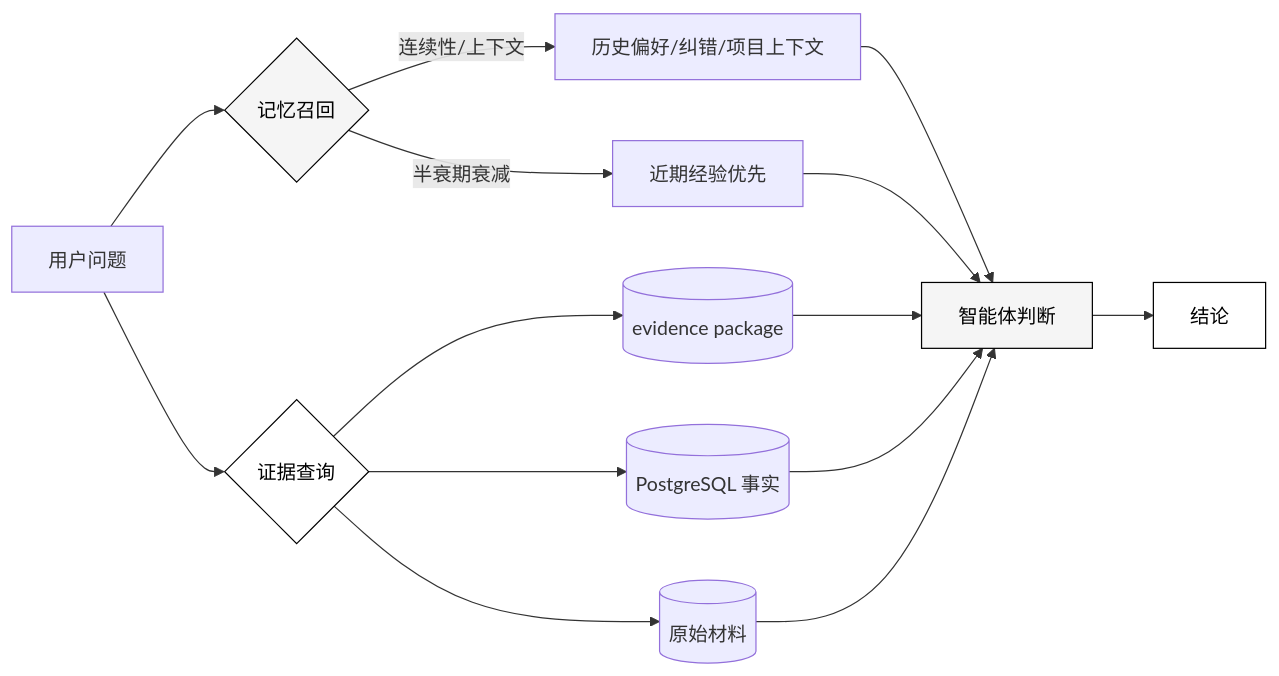
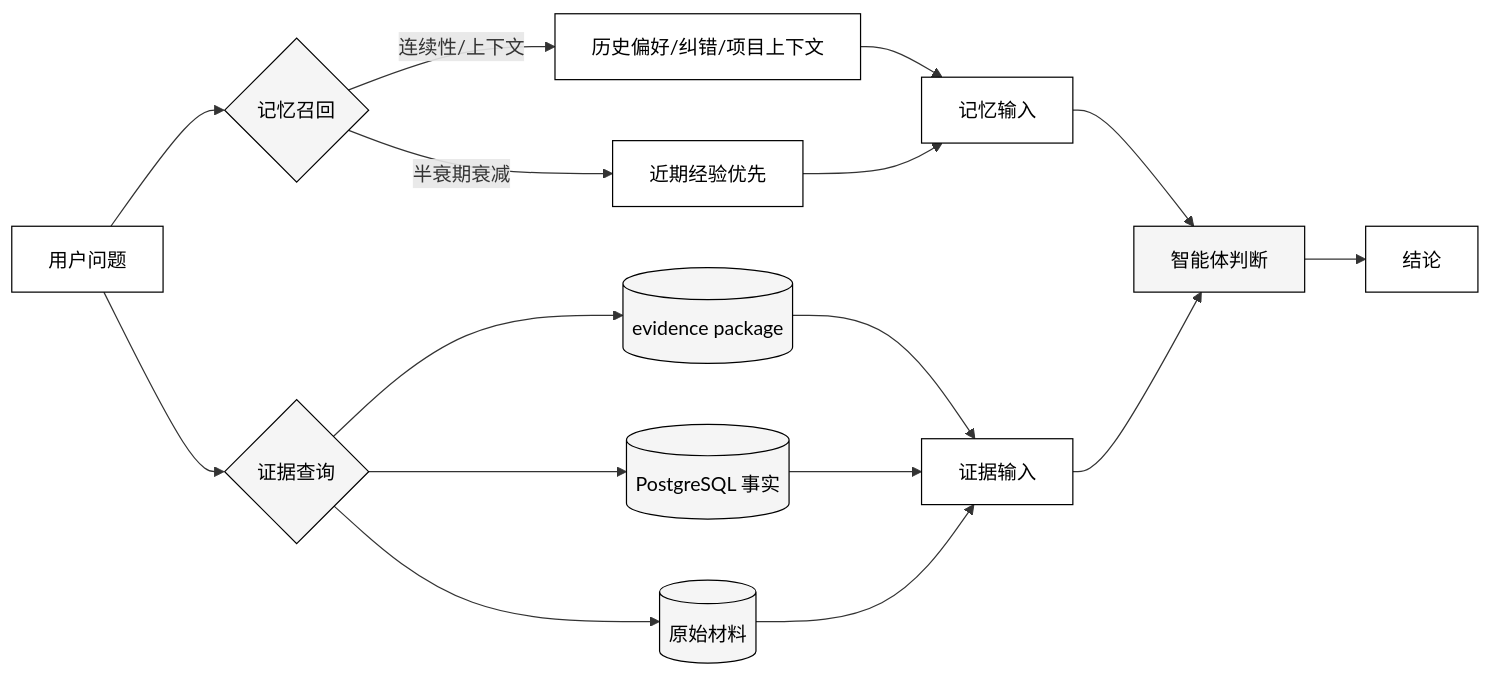
Before and after one commit to maoyadongsh/siq-research-engine: the second of 2 diagrams in docs/site/architecture/memory.md, drawn with Mermaid. The commit also changed 7 other files, not shown here.

````diff
--- a/docs/site/architecture/memory.md
+++ b/docs/site/architecture/memory.md
@@ -76,18 +76,28 @@
 ```mermaid
 graph LR
     Q[用户问题] --> M{记忆召回}
     M -->|连续性/上下文| C[历史偏好/纠错/项目上下文]
     M -->|半衰期衰减| R[近期经验优先]
     Q --> E{证据查询}
     E --> P[(evidence package)]
     E --> D[(PostgreSQL 事实)]
     E --> S[(原始材料)]
-    C & R --> Judge[智能体判断]
-    P & D & S --> Judge
+    C & R --> MemMerged[记忆输入]
+    P & D & S --> EviMerged[证据输入]
+    MemMerged --> Judge[智能体判断]
+    EviMerged --> Judge
     Judge --> Output[结论]
     
+    style Q fill:#fff,stroke:#000,color:#000
     style M fill:#f5f5f5,stroke:#000,color:#000
-    style E fill:#fff,stroke:#000,color:#000
+    style E fill:#f5f5f5,stroke:#000,color:#000
+    style C fill:#fff,stroke:#000,color:#000
+    style R fill:#fff,stroke:#000,color:#000
+    style P fill:#f5f5f5,stroke:#000,color:#000
+    style D fill:#f5f5f5,stroke:#000,color:#000
+    style S fill:#f5f5f5,stroke:#000,color:#000
+    style MemMerged fill:#fff,stroke:#000,color:#000
+    style EviMerged fill:#fff,stroke:#000,color:#000
     style Judge fill:#f5f5f5,stroke:#000,color:#000
     style Output fill:#fff,stroke:#000,color:#000
 ```
````
